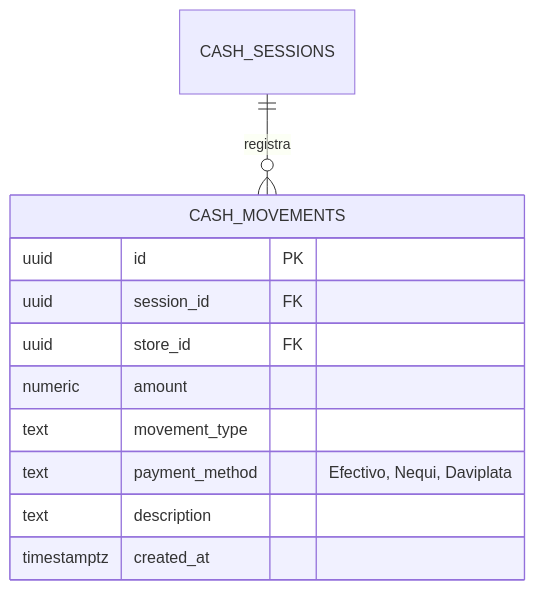
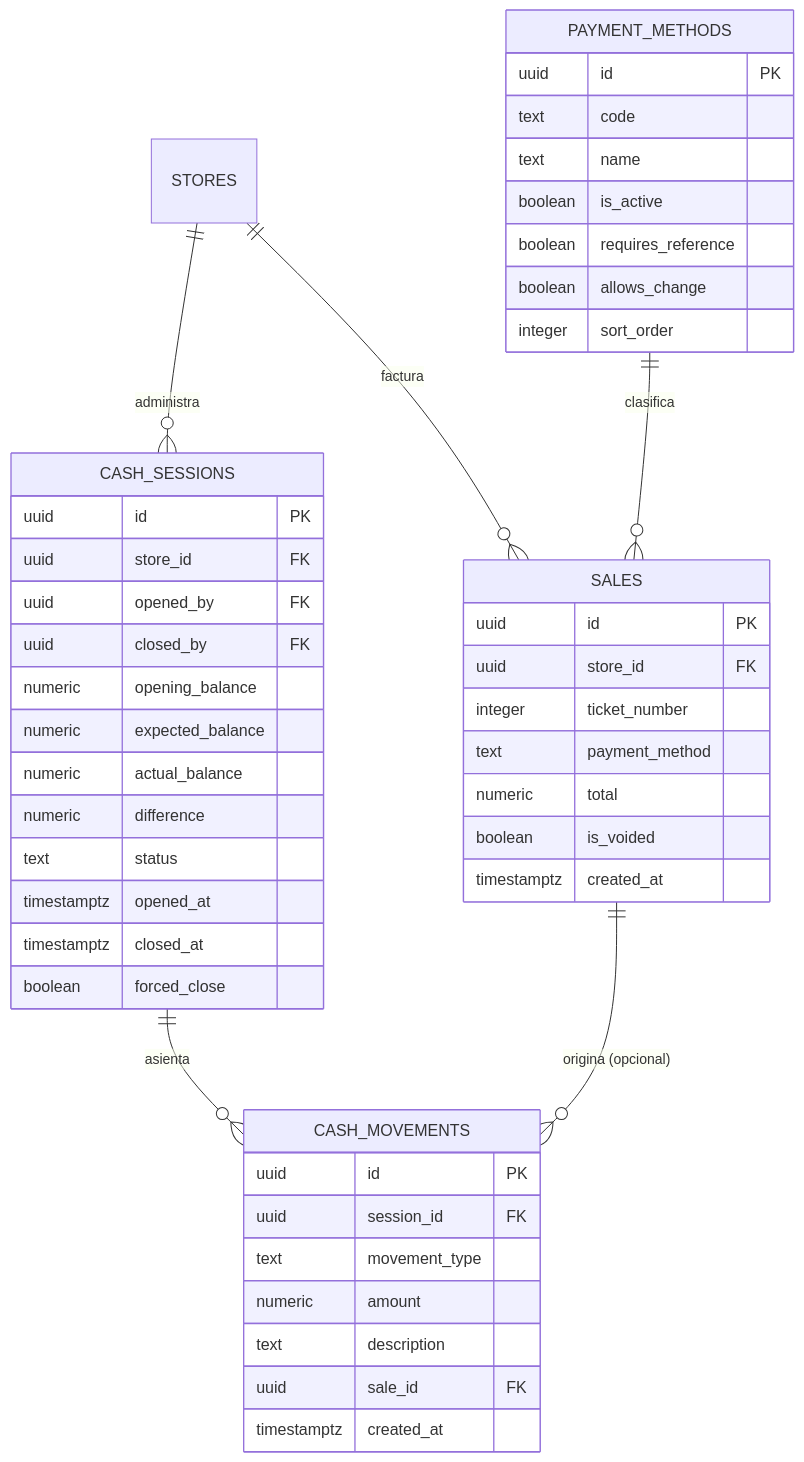
One commit to YamirJCF/tienda-barrio-pro changed the second of 2 diagrams in documentation/01_requirements/SDD/SDD_021_HISTORIALES_MULTICANAL.md. Above: the diagram before and after it, drawn with Mermaid. The commit also changed other lines of this file, not shown here.

````diff
--- a/documentation/01_requirements/SDD/SDD_021_HISTORIALES_MULTICANAL.md
+++ b/documentation/01_requirements/SDD/SDD_021_HISTORIALES_MULTICANAL.md
@@ -115,15 +422,53 @@
 ```mermaid
 erDiagram
-    CASH_SESSIONS ||--o{ CASH_MOVEMENTS : registra
+    STORES ||--o{ CASH_SESSIONS : "administra"
+    STORES ||--o{ SALES : "factura"
+    CASH_SESSIONS ||--o{ CASH_MOVEMENTS : "asienta"
+    SALES ||--o{ CASH_MOVEMENTS : "origina (opcional)"
+    PAYMENT_METHODS ||--o{ SALES : "clasifica"
+
+    CASH_SESSIONS {
+        uuid id PK
+        uuid store_id FK
+        uuid opened_by FK
+        uuid closed_by FK
+        numeric opening_balance
+        numeric expected_balance
+        numeric actual_balance
+        numeric difference
+        text status
+        timestamptz opened_at
+        timestamptz closed_at
+        boolean forced_close
+    }
 
     CASH_MOVEMENTS {
         uuid id PK
         uuid session_id FK
-        uuid store_id FK
+        text movement_type
         numeric amount
-        text movement_type
-        text payment_method "Efectivo, Nequi, Daviplata"
         text description
+        uuid sale_id FK
         timestamptz created_at
     }
+
+    SALES {
+        uuid id PK
+        uuid store_id FK
+        integer ticket_number
+        text payment_method
+        numeric total
+        boolean is_voided
+        timestamptz created_at
+    }
+
+    PAYMENT_METHODS {
+        uuid id PK
+        text code
+        text name
+        boolean is_active
+        boolean requires_reference
+        boolean allows_change
+        integer sort_order
+    }
 ```
````
